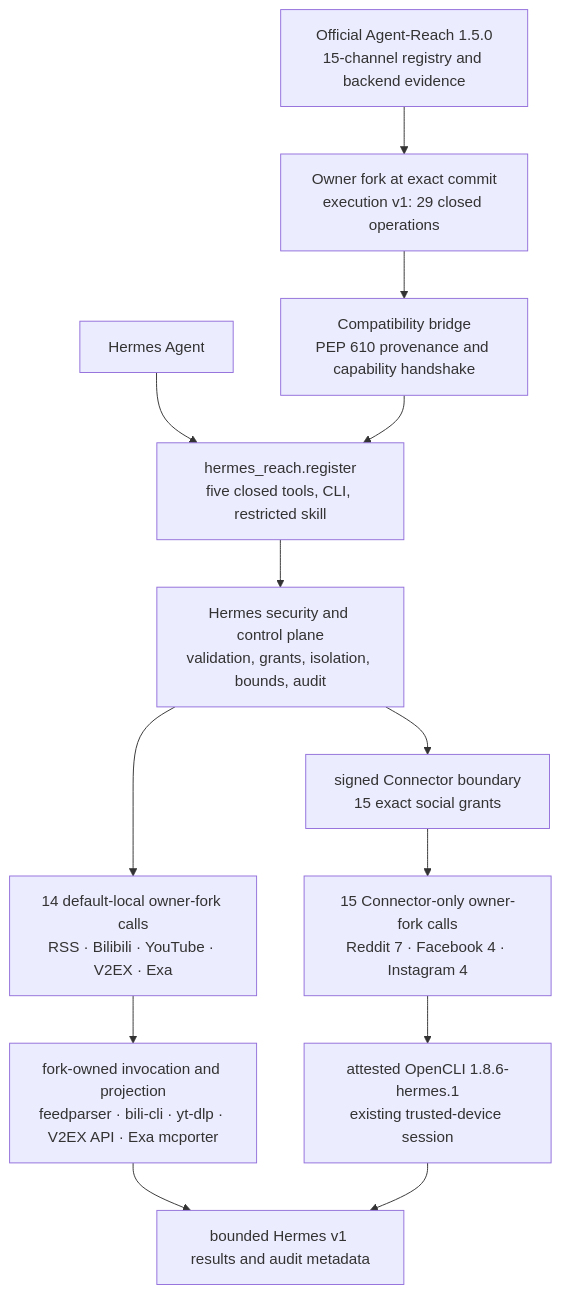
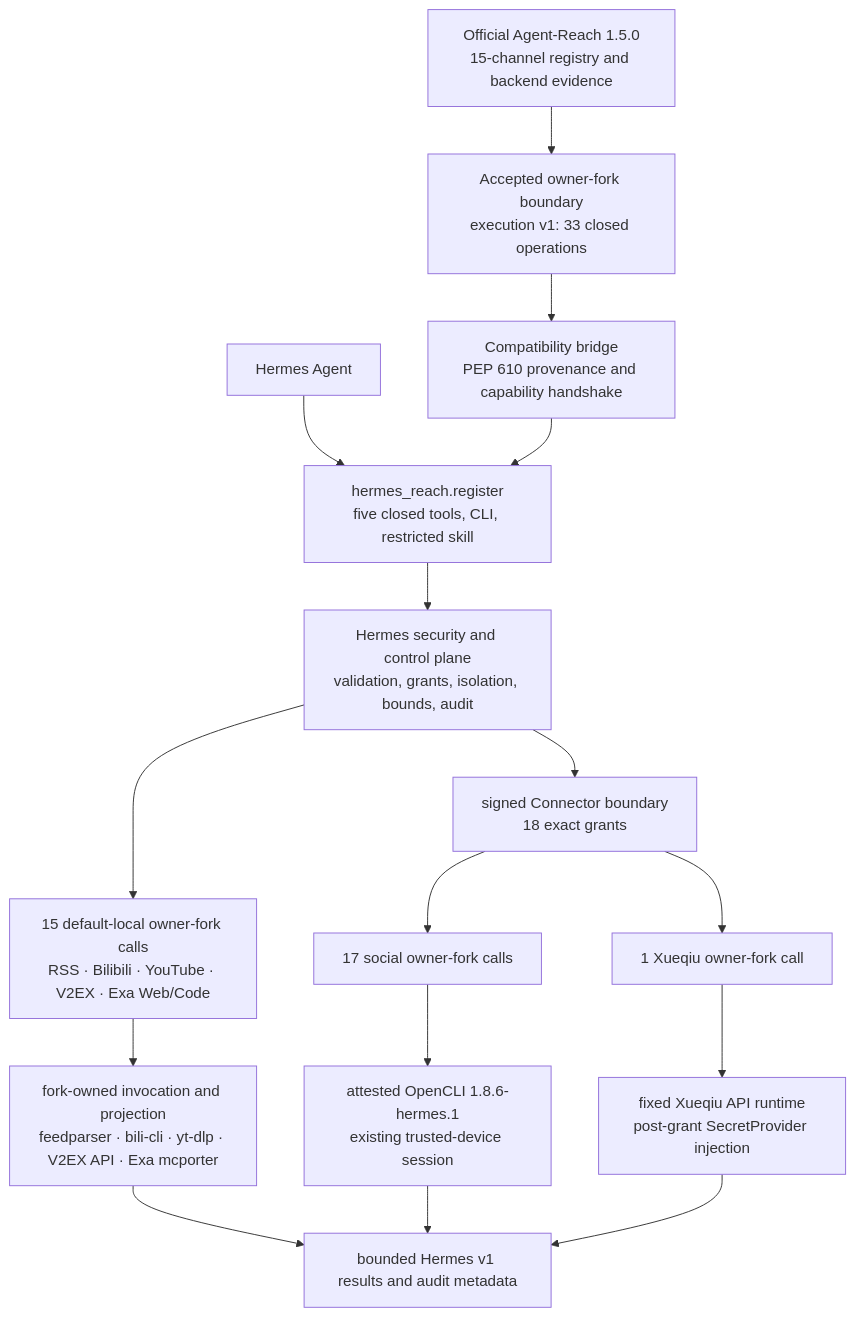
The diagram in docs/agent-reach-plugin-boundary.md (izumi0uu/hermes-reach), drawn with Mermaid before and after one commit. The commit also changed other lines of this file and 61 other files, not shown here.

Commit message:
feat(agent-reach): add non-github search batch

````diff
--- a/docs/agent-reach-plugin-boundary.md
+++ b/docs/agent-reach-plugin-boundary.md
@@ -25,15 +33,18 @@
 ```mermaid
 flowchart TD
-    Official["Official Agent-Reach 1.5.0<br/>15-channel registry and backend evidence"] --> Fork["Owner fork at exact commit<br/>execution v1: 29 closed operations"]
+    Official["Official Agent-Reach 1.5.0<br/>15-channel registry and backend evidence"] --> Fork["Accepted owner-fork boundary<br/>execution v1: 33 closed operations"]
     Fork --> Bridge["Compatibility bridge<br/>PEP 610 provenance and capability handshake"]
     Hermes["Hermes Agent"] --> Entry["hermes_reach.register<br/>five closed tools, CLI, restricted skill"]
     Bridge --> Entry
     Entry --> Control["Hermes security and control plane<br/>validation, grants, isolation, bounds, audit"]
-    Control --> ForkOps["14 default-local owner-fork calls<br/>RSS · Bilibili · YouTube · V2EX · Exa"]
-    Control --> Remote["signed Connector boundary<br/>15 exact social grants"]
-    Remote --> SocialForkOps["15 Connector-only owner-fork calls<br/>Reddit 7 · Facebook 4 · Instagram 4"]
+    Control --> ForkOps["15 default-local owner-fork calls<br/>RSS · Bilibili · YouTube · V2EX · Exa Web/Code"]
+    Control --> Remote["signed Connector boundary<br/>18 exact grants"]
+    Remote --> SocialForkOps["17 social owner-fork calls"]
+    Remote --> XueqiuForkOps["1 Xueqiu owner-fork call"]
     ForkOps --> ForkBackends["fork-owned invocation and projection<br/>feedparser · bili-cli · yt-dlp · V2EX API · Exa mcporter"]
     SocialForkOps --> OpenCLI["attested OpenCLI 1.8.6-hermes.1<br/>existing trusted-device session"]
+    XueqiuForkOps --> XueqiuAPI["fixed Xueqiu API runtime<br/>post-grant SecretProvider injection"]
     ForkBackends --> Results["bounded Hermes v1 results and audit metadata"]
     OpenCLI --> Results
+    XueqiuAPI --> Results
 ```
````
